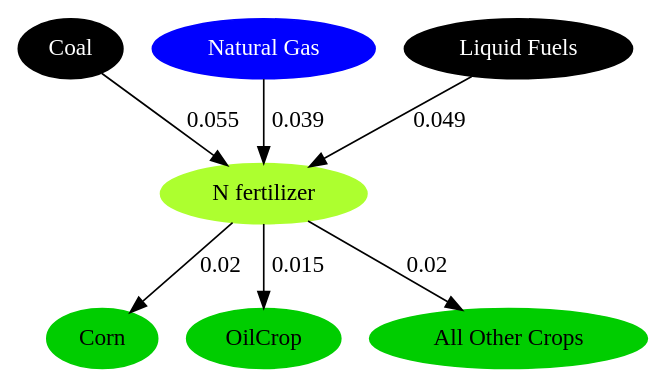
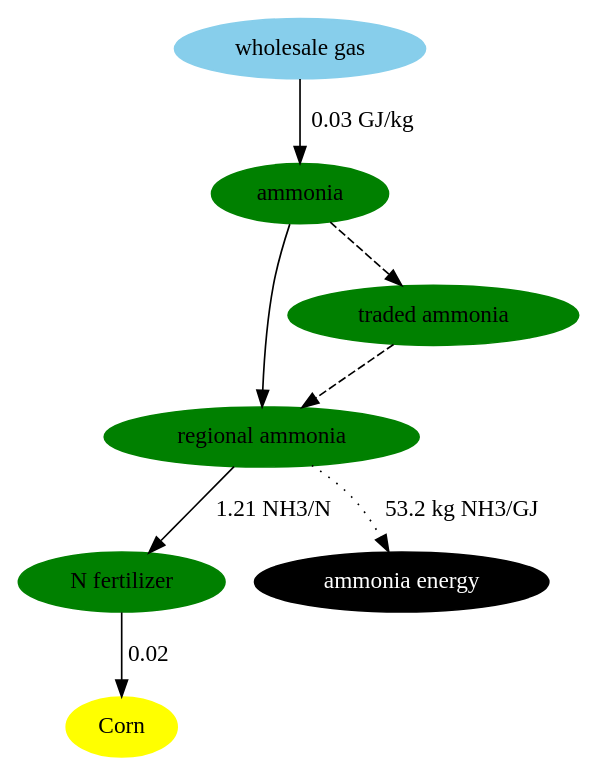
The diagram in gcam-figs/Nfertilizer.dot (JGCRI/gcam-doc), drawn with Graphviz before and after one commit. The commit also changed 2 other files, not shown here.

Commit message:
updates to documentation for modeling of ammonia, CMP 389

```diff
--- a/gcam-figs/Nfertilizer.dot
+++ b/gcam-figs/Nfertilizer.dot
@@ -1,16 +1,17 @@
-digraph region{
-	nfert[label="N fertilizer",style=filled,color=greenyellow];
-	coal[style=filled,label="Coal",color=black,fontcolor=white];
-	gas[style=filled,label="Natural Gas",color=blue,fontcolor=white];
-	oil[style=filled,label="Liquid Fuels",color=black,fontcolor=white];
-	corn[label="Corn",style=filled,color=green3];
-	oilcrop[label="OilCrop",style=filled,color=green3];
-	other_crops[label="All Other Crops",style=filled,color=green3];
-
-	coal->nfert[label="0.055"];
-	gas->nfert[label="0.039"];
-	oil->nfert[label="0.049"];
-	nfert->corn[label="0.02"];
-	nfert->oilcrop[label="0.015"];
-	nfert->other_crops[label="0.02"];
-}
+digraph fertilizer{
+	gas[label = "wholesale gas", style = filled, color = skyblue];
+	nh3[label = "ammonia", style = filled, color = green];
+	reg_nh3[label = "regional ammonia", style = filled, color = green];
+	traded_nh3[label = "traded ammonia", style = filled, color = green];
+	Nfert[label = "N fertilizer", style = filled, color = green];
+	Corn[label = "Corn", style = filled, color = yellow];
+	nh3_energy[label = "ammonia energy", style = filled, color = black, fontcolor = white];
+	
+	gas -> nh3[label = "0.03 GJ/kg"];
+	nh3 -> reg_nh3;
+	nh3 -> traded_nh3[style = "dashed"];
+	traded_nh3 -> reg_nh3[style = "dashed"];
+	reg_nh3 -> Nfert[label = "1.21 NH3/N"];
+	Nfert -> Corn[label = "0.02"];
+	reg_nh3 -> nh3_energy[style = "dotted", label = "53.2 kg NH3/GJ"];
+	}
```
